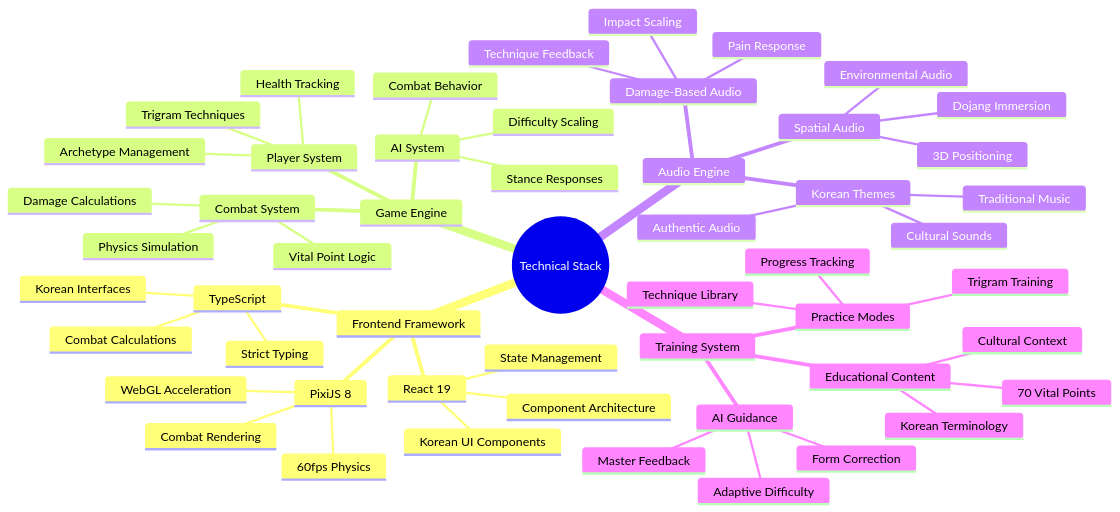
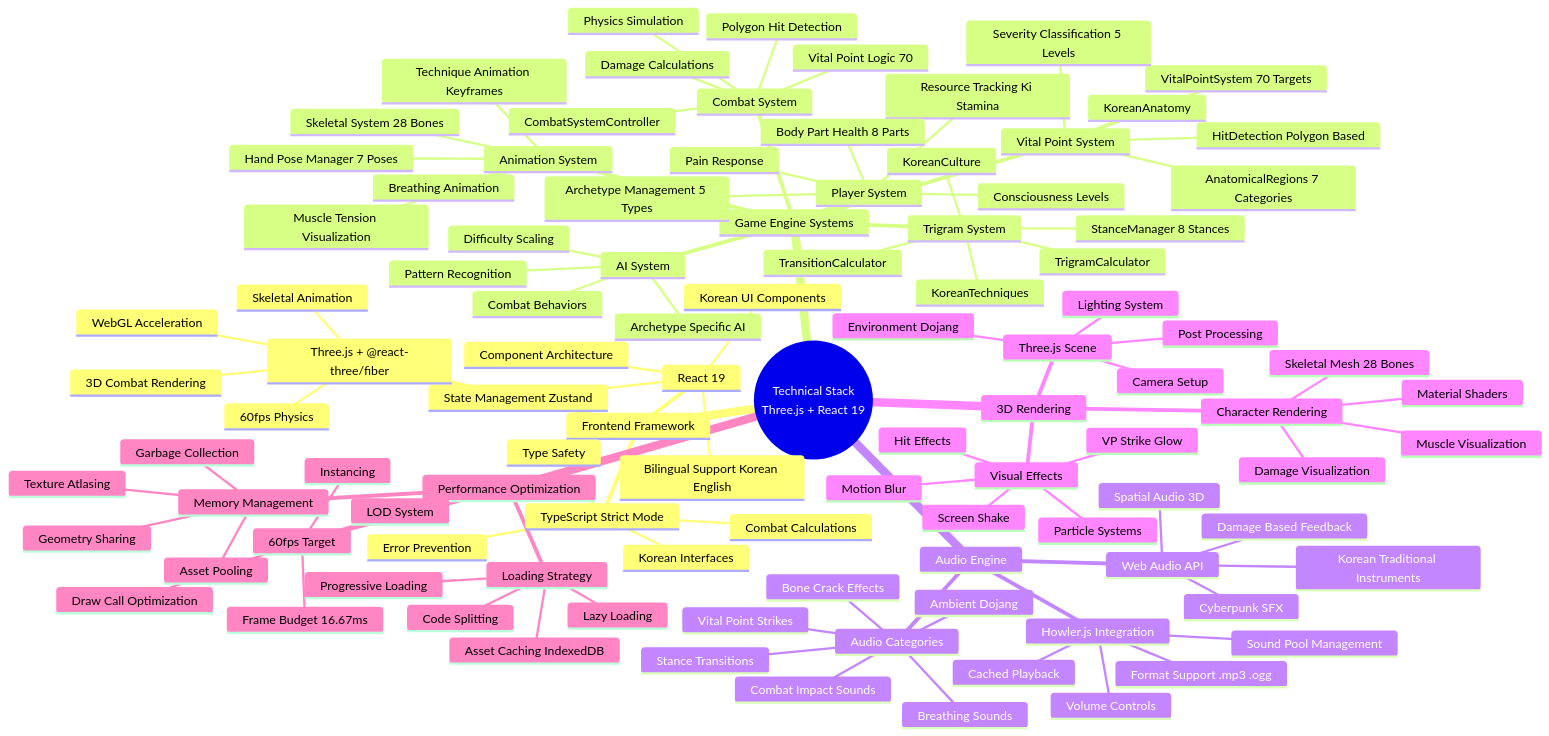
The fifth of 8 diagrams in MINDMAP.md (Hack23/blacktrigram), drawn with Mermaid before and after one commit. The commit also changed other lines of this file and 5 other files, not shown here.

First line of the commit message:
Update all flowcharts, state diagrams, and mind maps with current/future game flows

````diff
--- a/MINDMAP.md
+++ b/MINDMAP.md
@@ -295,56 +373,107 @@
 ```mermaid
 mindmap
-  root((Technical Stack))
+  root((Technical Stack<br/>Three.js + React 19))
     Frontend Framework
       React 19
         Component Architecture
         Korean UI Components
-        State Management
-      PixiJS 8
+        Bilingual Support Korean English
+        State Management Zustand
+      Three.js + @react-three/fiber
         WebGL Acceleration
         60fps Physics
-        Combat Rendering
-      TypeScript
-        Strict Typing
+        3D Combat Rendering
+        Skeletal Animation
+      TypeScript Strict Mode
+        Type Safety
         Combat Calculations
         Korean Interfaces
-    Game Engine
+        Error Prevention
+    Game Engine Systems
       Combat System
+        CombatSystemController
         Damage Calculations
-        Vital Point Logic
+        Vital Point Logic 70
         Physics Simulation
+        Polygon Hit Detection
+      Trigram System
+        StanceManager 8 Stances
+        TrigramCalculator
+        TransitionCalculator
+        KoreanCulture
+        KoreanTechniques
+      Vital Point System
+        VitalPointSystem 70 Targets
+        KoreanAnatomy
+        AnatomicalRegions 7 Categories
+        Severity Classification 5 Levels
+        HitDetection Polygon Based
+      Animation System
+        Skeletal System 28 Bones
+        Hand Pose Manager 7 Poses
+        Muscle Tension Visualization
+        Technique Animation Keyframes
+        Breathing Animation
       Player System
-        Archetype Management
-        Trigram Techniques
-        Health Tracking
+        Archetype Management 5 Types
+        Resource Tracking Ki Stamina
+        Body Part Health 8 Parts
+        Pain Response
+        Consciousness Levels
       AI System
-        Combat Behavior
-        Stance Responses
+        Combat Behaviors
+        Archetype Specific AI
         Difficulty Scaling
+        Pattern Recognition
     Audio Engine
-      Damage-Based Audio
-        Impact Scaling
-        Technique Feedback
-        Pain Response
-      Korean Themes
-        Traditional Music
-        Cultural Sounds
-        Authentic Audio
-      Spatial Audio
-        3D Positioning
-        Dojang Immersion
-        Environmental Audio
-    Training System
-      Educational Content
-        70 Vital Points
-        Korean Terminology
-        Cultural Context
-      Practice Modes
-        Trigram Training
-        Technique Library
-        Progress Tracking
-      AI Guidance
-        Form Correction
-        Adaptive Difficulty
-        Master Feedback
+      Web Audio API
+        Spatial Audio 3D
+        Damage Based Feedback
+        Korean Traditional Instruments
+        Cyberpunk SFX
+      Audio Categories
+        Combat Impact Sounds
+        Bone Crack Effects
+        Vital Point Strikes
+        Stance Transitions
+        Breathing Sounds
+        Ambient Dojang
+      Howler.js Integration
+        Sound Pool Management
+        Volume Controls
+        Cached Playback
+        Format Support .mp3 .ogg
+    3D Rendering
+      Three.js Scene
+        Camera Setup
+        Lighting System
+        Environment Dojang
+        Post Processing
+      Character Rendering
+        Skeletal Mesh 28 Bones
+        Material Shaders
+        Muscle Visualization
+        Damage Visualization
+      Visual Effects
+        Particle Systems
+        Hit Effects
+        VP Strike Glow
+        Motion Blur
+        Screen Shake
+    Performance Optimization
+      60fps Target
+        Frame Budget 16.67ms
+        Draw Call Optimization
+        Instancing
+        LOD System
+      Memory Management
+        Asset Pooling
+        Texture Atlasing
+        Geometry Sharing
+        Garbage Collection
+      Loading Strategy
+        Progressive Loading
+        Asset Caching IndexedDB
+        Lazy Loading
+        Code Splitting
 ```
````
